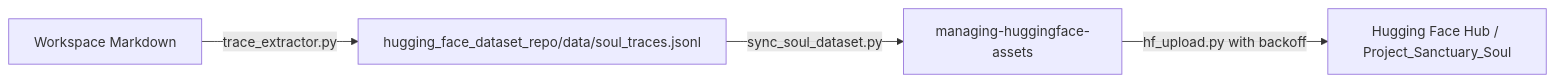
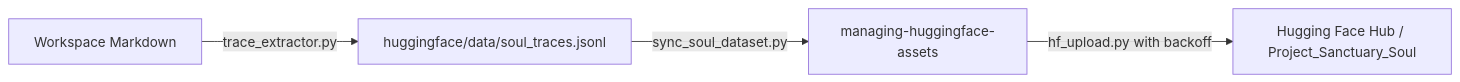
Before and after one commit to richfrem/Project_Sanctuary: the diagram in plugins/sanctuary-core/.apm/skills/preserving-soul-traces/references/huggingface-dataset-integration.md, drawn with Mermaid. The commit also changed other lines of this file and 42 other files, not shown here.

Commit message:
refactor(repo): archive legacy forge into ARCHIVE/forge and rename soul dataset to huggingface

````diff
--- a/plugins/sanctuary-core/.apm/skills/preserving-soul-traces/references/huggingface-dataset-integration.md
+++ b/plugins/sanctuary-core/.apm/skills/preserving-soul-traces/references/huggingface-dataset-integration.md
@@ -9,6 +9,6 @@
 ```mermaid
 graph LR
-    A[Workspace Markdown] -->|trace_extractor.py| B[hugging_face_dataset_repo/data/soul_traces.jsonl]
+    A[Workspace Markdown] -->|trace_extractor.py| B[huggingface/data/soul_traces.jsonl]
     B -->|sync_soul_dataset.py| C[managing-huggingface-assets]
     C -->|hf_upload.py with backoff| D[Hugging Face Hub / Project_Sanctuary_Soul]
 ```
````
